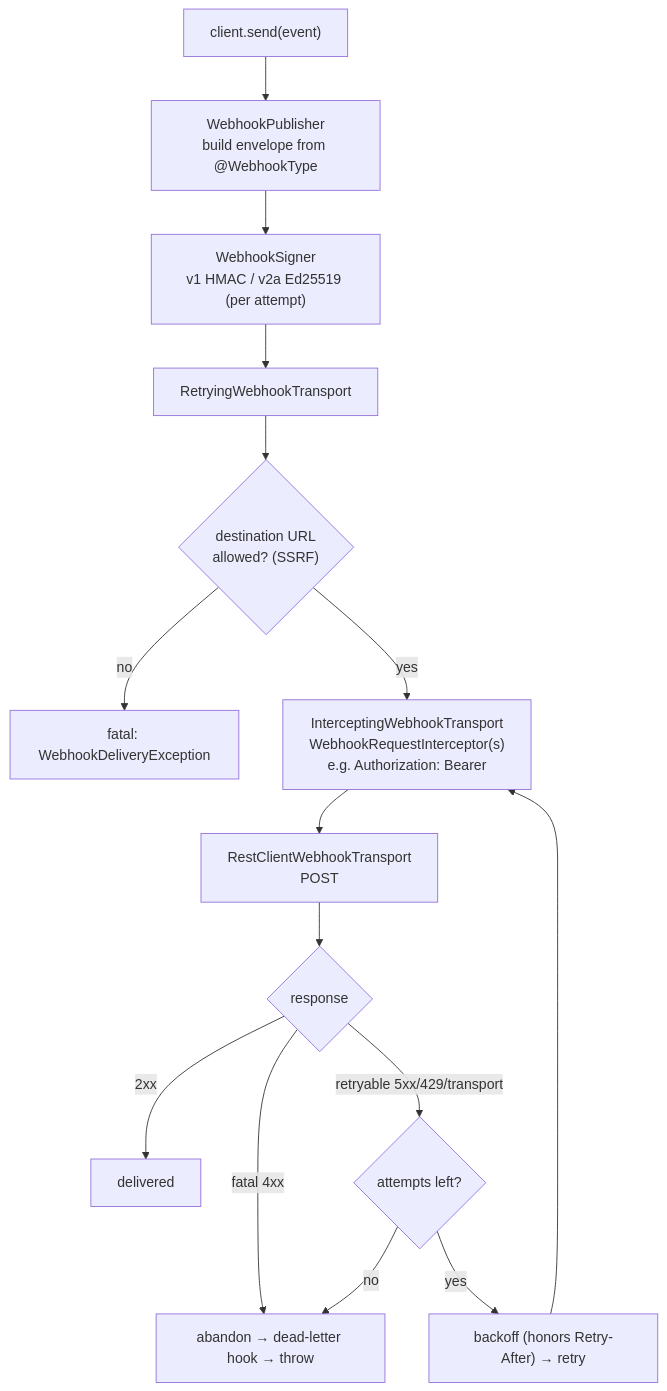
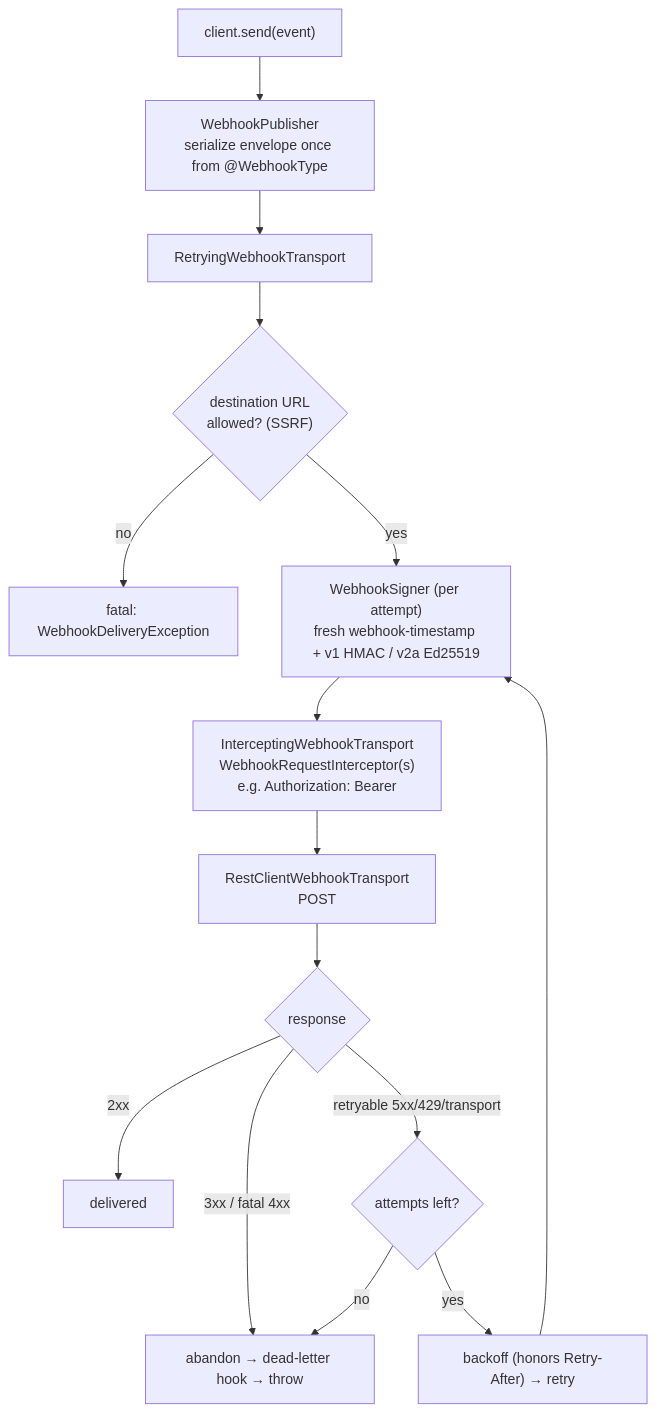
The third of 4 diagrams in docs/architecture.md (jinternals/webhooks), drawn with Mermaid before and after one commit. The commit also changed other lines of this file and 13 other files, not shown here.

Commit message:
Fix documentation discrepancies, Mermaid syntax, and CI/Dependabot coverage

````diff
--- a/docs/architecture.md
+++ b/docs/architecture.md
@@ -108,17 +108,17 @@
 ```mermaid
 flowchart TD
-    Call["client.send(event)"] --> Pub["WebhookPublisher<br/>build envelope from @WebhookType"]
-    Pub --> Sign["WebhookSigner<br/>v1 HMAC / v2a Ed25519 (per attempt)"]
-    Sign --> Retry["RetryingWebhookTransport"]
+    Call["client.send(event)"] --> Pub["WebhookPublisher<br/>serialize envelope once from @WebhookType"]
+    Pub --> Retry["RetryingWebhookTransport"]
     Retry --> Guard{"destination URL<br/>allowed? (SSRF)"}
     Guard -- no --> Fatal["fatal: WebhookDeliveryException"]
-    Guard -- yes --> Intercept["InterceptingWebhookTransport<br/>WebhookRequestInterceptor(s)<br/>e.g. Authorization: Bearer"]
+    Guard -- yes --> Sign["WebhookSigner (per attempt)<br/>fresh webhook-timestamp + v1 HMAC / v2a Ed25519"]
+    Sign --> Intercept["InterceptingWebhookTransport<br/>WebhookRequestInterceptor(s)<br/>e.g. Authorization: Bearer"]
     Intercept --> Base["RestClientWebhookTransport<br/>POST"]
     Base --> Resp{"response"}
     Resp -- "2xx" --> Done["delivered"]
-    Resp -- "fatal 4xx" --> Abandon["abandon → dead-letter hook → throw"]
+    Resp -- "3xx / fatal 4xx" --> Abandon["abandon → dead-letter hook → throw"]
     Resp -- "retryable 5xx/429/transport" --> More{"attempts left?"}
     More -- yes --> Backoff["backoff (honors Retry-After) → retry"]
-    Backoff --> Intercept
+    Backoff --> Sign
     More -- no --> Abandon
 ```
````
